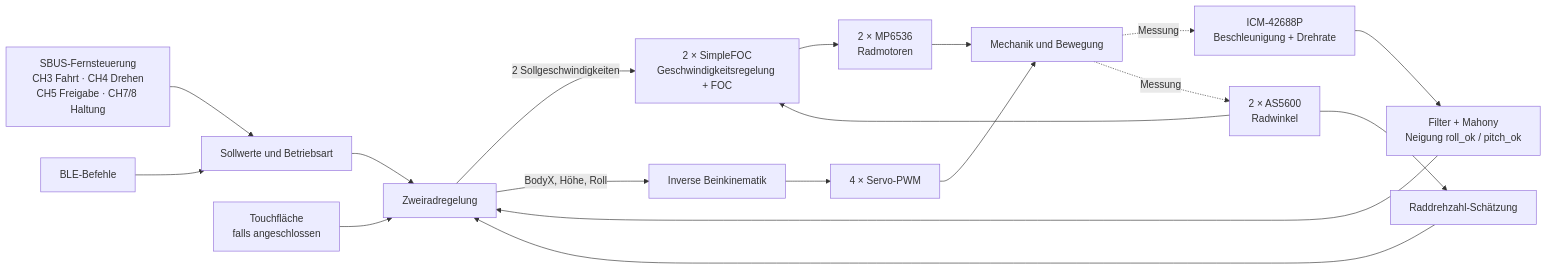
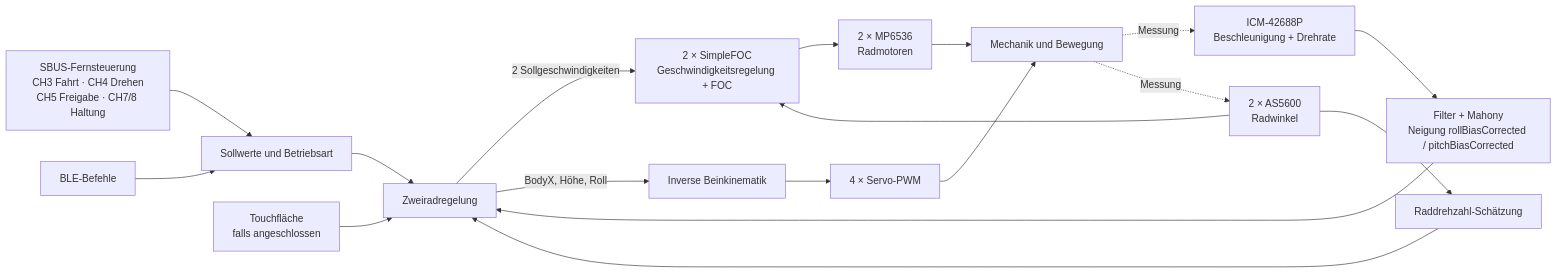
One commit to nikolasvoss/Navbot-ES02 changed the diagram in docs/robot/software/control/control-flow.md. Above: the diagram before and after it, drawn with Mermaid. The commit also changed other lines of this file and 2 other files, not shown here.

````diff
--- a/docs/robot/software/control/control-flow.md
+++ b/docs/robot/software/control/control-flow.md
@@ -13,20 +13,20 @@
 ```mermaid
 flowchart LR
     RC[SBUS-Fernsteuerung<br/>CH3 Fahrt · CH4 Drehen<br/>CH5 Freigabe · CH7/8 Haltung] --> CMD[Sollwerte und Betriebsart]
     BLE[BLE-Befehle] --> CMD
-    IMU[ICM-42688P<br/>Beschleunigung + Drehrate] --> MAH[Filter + Mahony<br/>Neigung roll_ok / pitch_ok]
+    IMU[ICM-42688P<br/>Beschleunigung + Drehrate] --> MAH[Filter + Mahony<br/>Neigung rollBiasCorrected / pitchBiasCorrected]
     ENC[2 × AS5600<br/>Radwinkel] --> VEL[Raddrehzahl-Schätzung]
     CMD --> CTRL[Zweiradregelung]
     MAH --> CTRL
     VEL --> CTRL
     TOUCH[Touchfläche<br/>falls angeschlossen] --> CTRL
     CTRL -->|2 Sollgeschwindigkeiten| FOC[2 × SimpleFOC<br/>Geschwindigkeitsregelung + FOC]
     ENC --> FOC
     FOC --> DRV[2 × MP6536<br/>Radmotoren]
     CTRL -->|BodyX, Höhe, Roll| IK[Inverse Beinkinematik]
     IK --> SERVO[4 × Servo-PWM]
     DRV --> ROBOT[Mechanik und Bewegung]
     SERVO --> ROBOT
     ROBOT -. Messung .-> IMU
     ROBOT -. Messung .-> ENC
 ```
````
